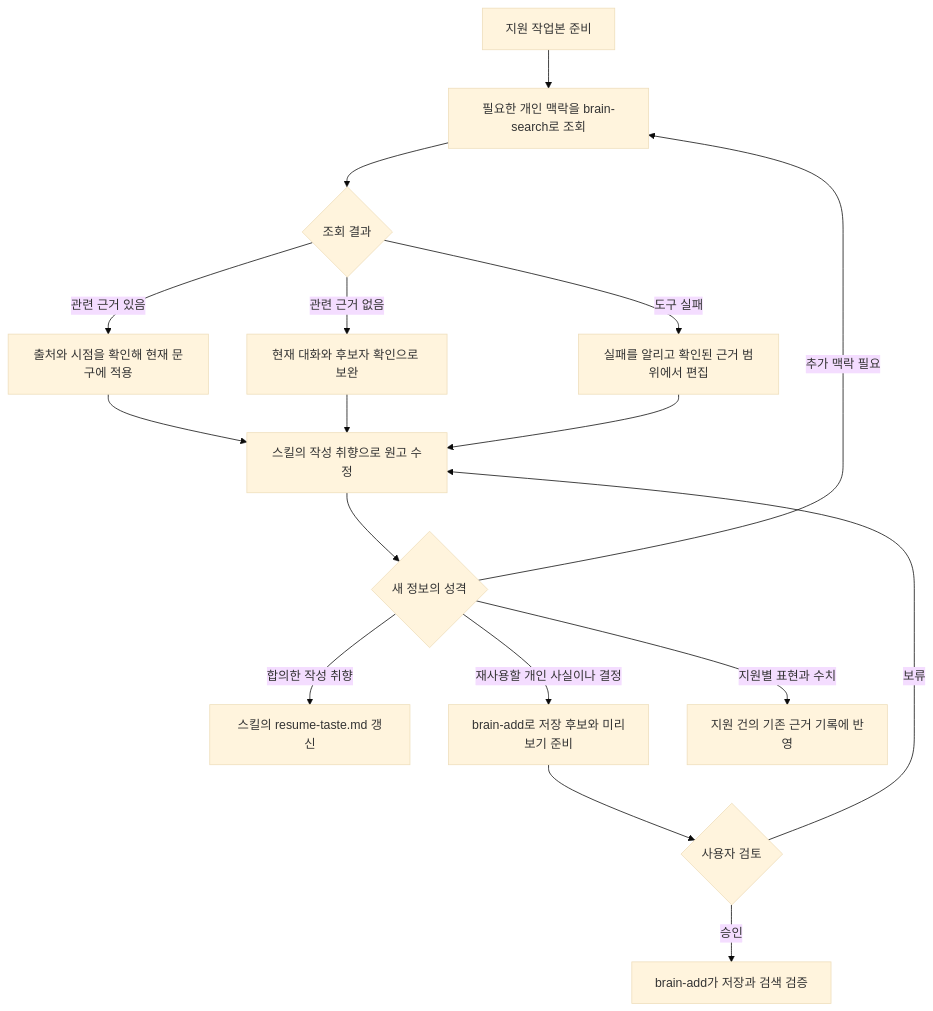
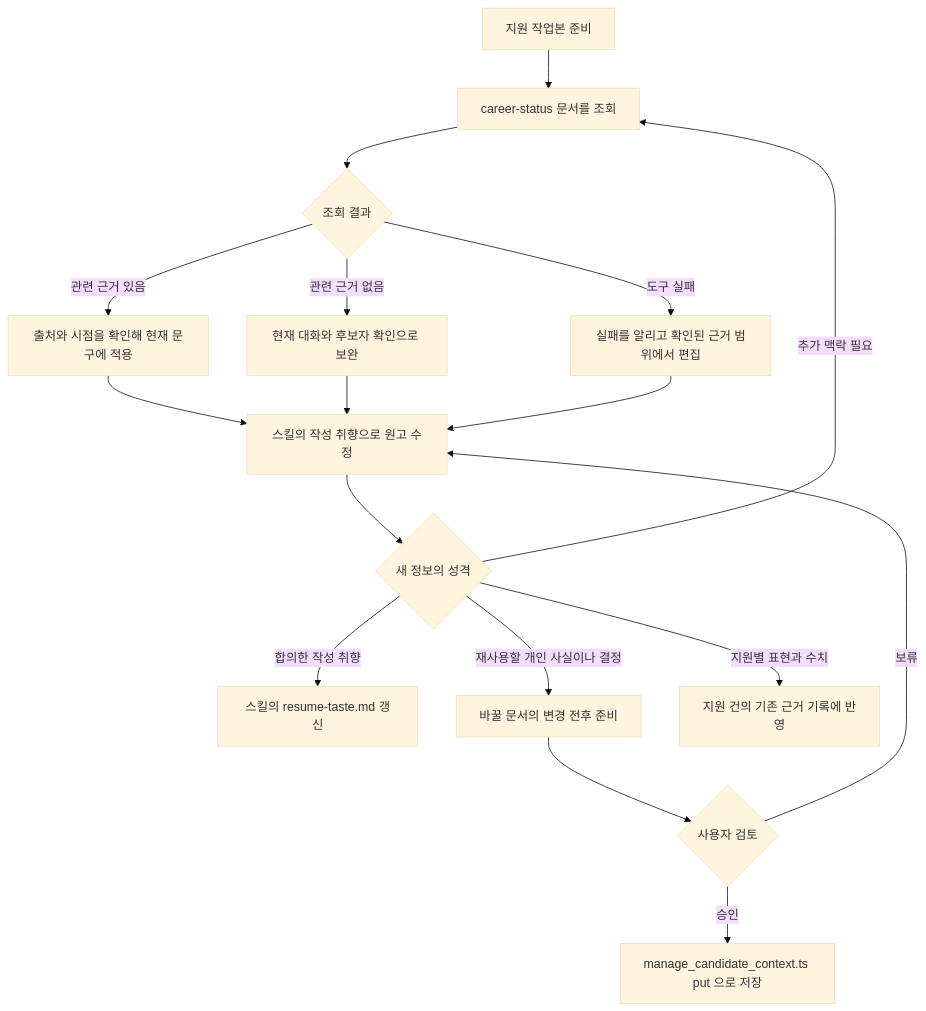
Before and after one commit to jon890/fos-agents: the fourth of 5 diagrams in career-os/docs/flow.md, drawn with Mermaid (base theme). The commit also changed other lines of this file and 7 other files, not shown here.

First line of the commit message:
docs(career-os): 나머지 개인 맥락을 후보자 맥락 문서에서 읽는 설계를 기록한다

````diff
--- a/career-os/docs/flow.md
+++ b/career-os/docs/flow.md
@@ -409,19 +418,19 @@
 ```mermaid
 flowchart TD
-    A[지원 작업본 준비] --> B[필요한 개인 맥락을 brain-search로 조회]
+    A[지원 작업본 준비] --> B[career-status 문서를 조회]
     B --> C{조회 결과}
     C -->|관련 근거 있음| D[출처와 시점을 확인해 현재 문구에 적용]
     C -->|관련 근거 없음| E[현재 대화와 후보자 확인으로 보완]
     C -->|도구 실패| F[실패를 알리고 확인된 근거 범위에서 편집]
     D --> G[스킬의 작성 취향으로 원고 수정]
     E --> G
     F --> G
     G --> H{새 정보의 성격}
     H -->|추가 맥락 필요| B
     H -->|합의한 작성 취향| I[스킬의 resume-taste.md 갱신]
-    H -->|재사용할 개인 사실이나 결정| J[brain-add로 저장 후보와 미리보기 준비]
+    H -->|재사용할 개인 사실이나 결정| J[바꿀 문서의 변경 전후 준비]
     H -->|지원별 표현과 수치| K[지원 건의 기존 근거 기록에 반영]
     J --> L{사용자 검토}
-    L -->|승인| M[brain-add가 저장과 검색 검증]
+    L -->|승인| M[manage_candidate_context.ts put 으로 저장]
     L -->|보류| G
 ```
````
